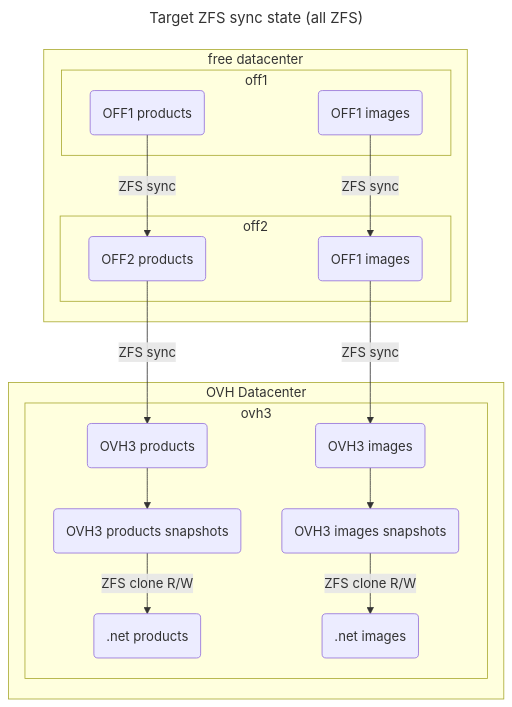
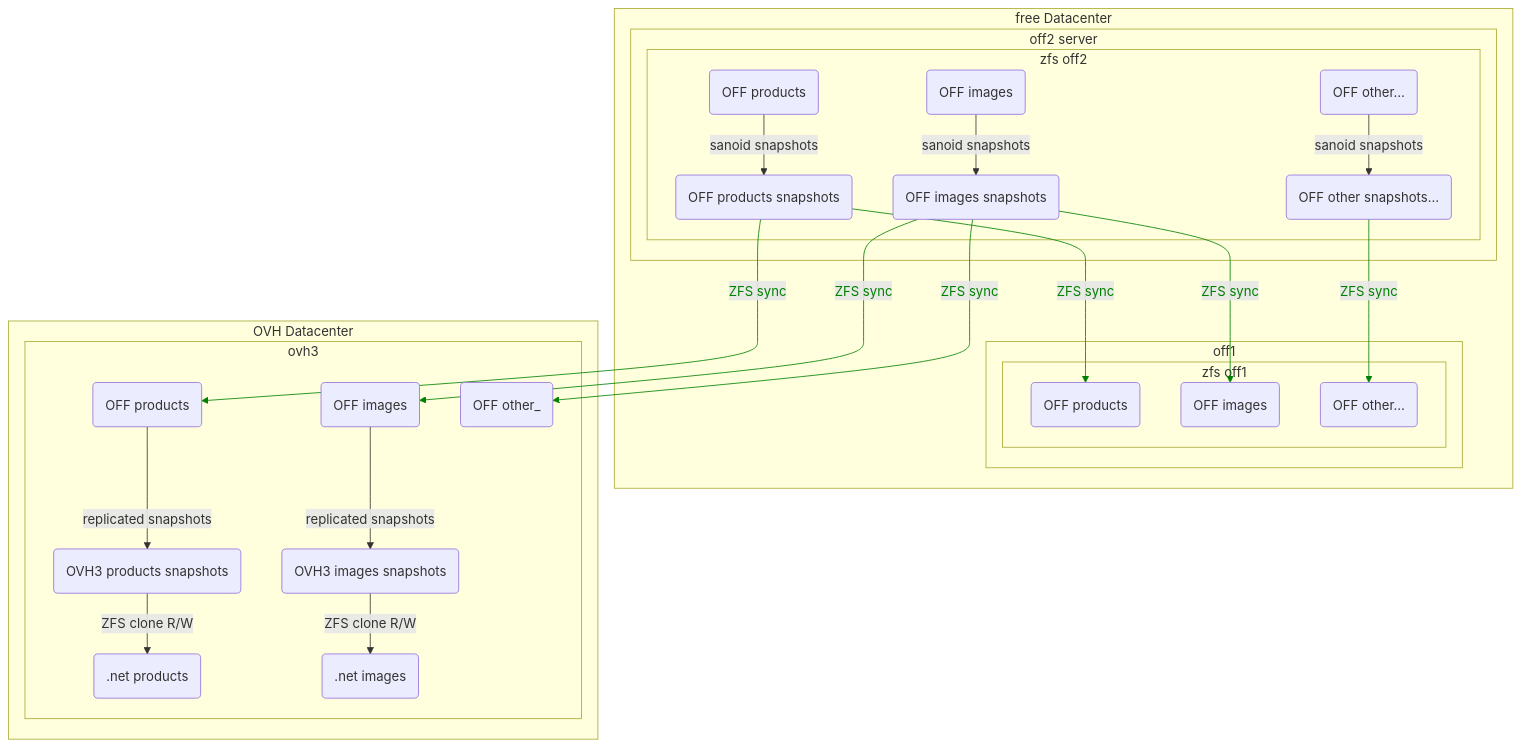
The second of 2 diagrams in docs/prod-architecture.md (openfoodfacts/openfoodfacts-infrastructure), drawn with Mermaid before and after one commit. The commit also changed other lines of this file and 60 other files, not shown here.

````diff
--- a/docs/prod-architecture.md
+++ b/docs/prod-architecture.md
@@ -135,28 +189,33 @@
 ```mermaid
----
-title: Target ZFS sync state (all ZFS)
----
-
 flowchart TD
-    subgraph free datacenter
+    subgraph free Datacenter
+        subgraph off2 server
+            subgraph zfs off2
+                OFF2products(OFF products) --> |sanoid snapshots| OFF2productsSnapshots(OFF products snapshots)
+                OFF2images(OFF images)  --> |sanoid snapshots| OFF2imagesSnapshots(OFF images snapshots)
+                OFF2other(OFF other…) --> |sanoid snapshots| OFF2otherSnapshots(OFF other snapshots…)
+            end
+        end
         subgraph off1
-            OFF1products(OFF1 products)
-            OFF1images(OFF1 images)
-        end
-        subgraph off2
-            OFF1products -->|ZFS sync| OFF2products(OFF2 products)
-            OFF1images(OFF1 images) --> |ZFS sync| OFF2images(OFF2 images)
+            subgraph zfs off1
+                OFF2productsSnapshots -->|ZFS sync| OFF1products(OFF products)
+                OFF2imagesSnapshots --> |ZFS sync| OFF1images(OFF images)
+                OFF2otherSnapshots --> |ZFS sync| OFF1other(OFF other…)
+                linkStyle 3,4,5 color:green,stroke:green;
+            end
         end
     end
     subgraph OVH Datacenter
         subgraph ovh3
-            OFF2products -->|ZFS sync| OVH3products(OVH3 products)
-            OFF2images(OFF1 images) -->|ZFS sync| OVH3images(OVH3 images)
-            OVH3products --> OVH3ProdSnapshots(OVH3 products snapshots)
-            OVH3ProdSnapshots -->|ZFS clone R/W| DotNETProdclone(.net products)
+            OFF2productsSnapshots -->|ZFS sync| OVH3products(OFF products)
+            OFF2imagesSnapshots -->|ZFS sync| OVH3images(OFF images)
+            OFF2imagesSnapshots -->|ZFS sync| OVH3other(OFF other_)
+            linkStyle 6,7,8 color:green,stroke:green
 
-            OVH3images --> OVH3ImgSnapshots(OVH3 images snapshots)
-            OVH3ImgSnapshots -->|ZFS clone R/W| DotNETIMGclone(.net images)
+            OVH3products -->|replicated snapshots| OVH3ProductsSnapshots(OVH3 products snapshots)
+            OVH3ProductsSnapshots -->|ZFS clone  R/W| DotNETProductsClone(.net products)
+            OVH3images -->|replicated snapshots| OVH3ImgSnapshots(OVH3 images snapshots)
+            OVH3ImgSnapshots -->|ZFS clone  R/W| DotNETIMGclone(.net images)
         end
     end
 ```
````
